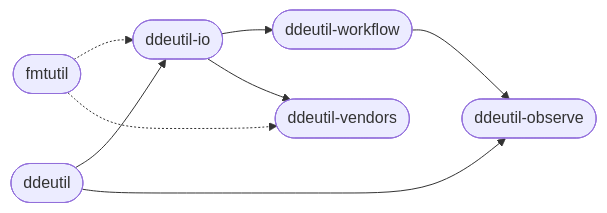
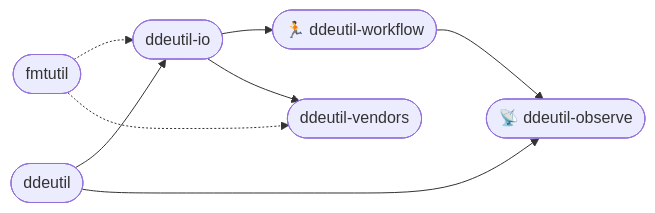
One commit to ddeutils/.github changed the diagram in profile/README.md. Above: the diagram before and after it, drawn with Mermaid.

Commit message:
:page_facing_up: docs: update README and add emoji

````diff
--- a/profile/README.md
+++ b/profile/README.md
@@ -5,8 +5,8 @@
 ```mermaid
 flowchart LR
-   1([ddeutil]) --> 2([ddeutil-io]) --> 3([ddeutil-workflow]) --> 4([ddeutil-observe])
+   1([ddeutil]) --> 2([ddeutil-io]) --> 3([🏃 ddeutil-workflow]) --> 4([📡 ddeutil-observe])
    1 --> 4
    2 --> 5([ddeutil-vendors])
    0([fmtutil]) -.-> 2
    0 -.-> 5
 ```
````
